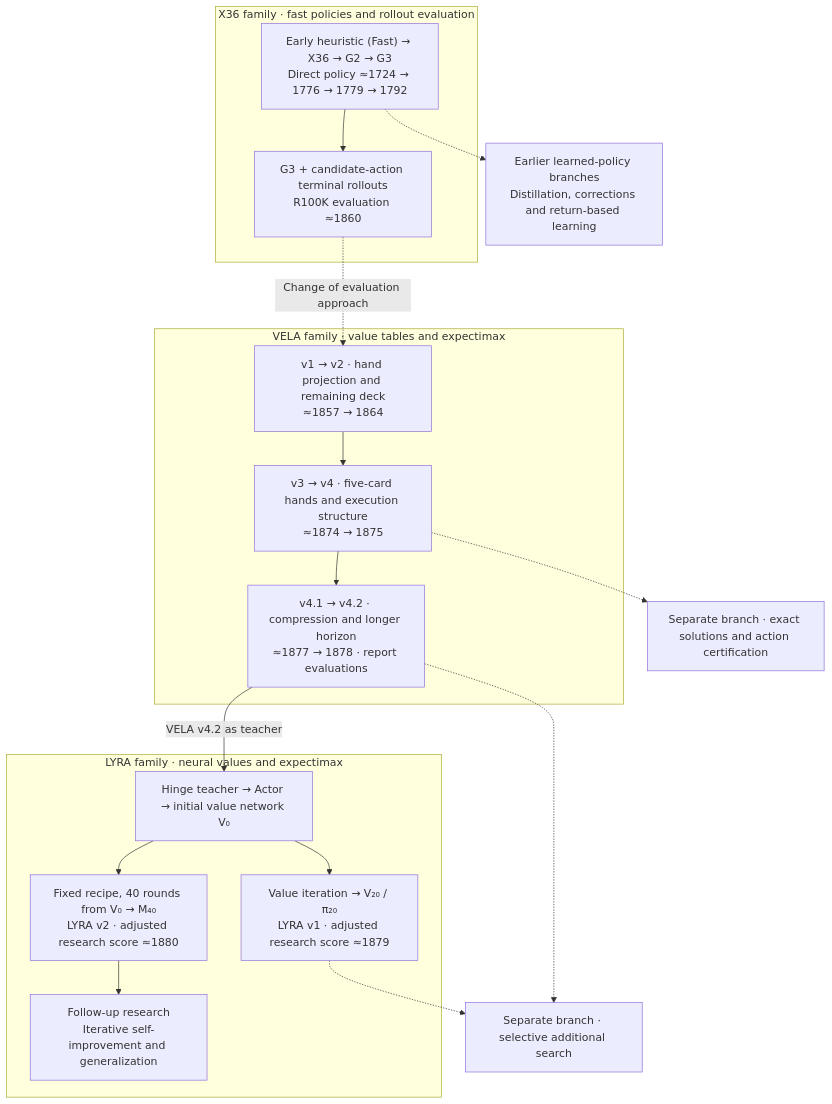
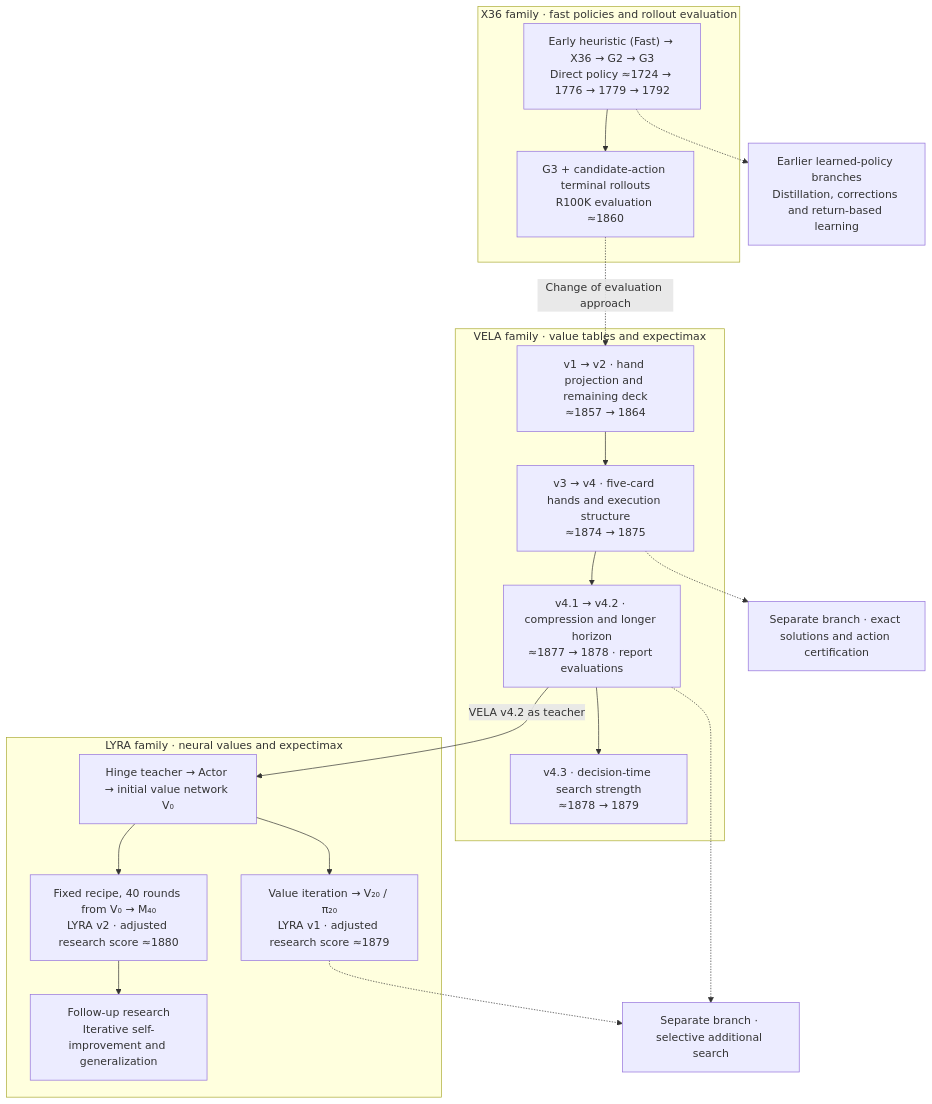
One commit to alfm201/adventure changed the diagram in research/README.md. Above: the diagram before and after it, drawn with Mermaid. The commit also changed other lines of this file and 9 other files, not shown here.

````diff
--- a/research/README.md
+++ b/research/README.md
@@ -21,28 +21,29 @@
 ```mermaid
 flowchart TD
     subgraph X["X36 family · fast policies and rollout evaluation"]
         X0["Early heuristic (Fast) → X36 → G2 → G3<br/>Direct policy ≈1724 → 1776 → 1779 → 1792"]
         X1["G3 + candidate-action terminal rollouts<br/>R100K evaluation ≈1860"]
         X0 --> X1
     end
     subgraph V["VELA family · value tables and expectimax"]
         V1["v1 → v2 · hand projection and remaining deck<br/>≈1857 → 1864"]
         V2["v3 → v4 · five-card hands and execution structure<br/>≈1874 → 1875"]
         V3["v4.1 → v4.2 · compression and longer horizon<br/>≈1877 → 1878 · report evaluations"]
-        V1 --> V2 --> V3
+        V4["v4.3 · decision-time search strength<br/>≈1878 → 1879"]
+        V1 --> V2 --> V3 --> V4
     end
     subgraph L["LYRA family · neural values and expectimax"]
         L0["Hinge teacher → Actor → initial value network V₀"]
         L1["Value iteration → V₂₀ / π₂₀<br/>LYRA v1 · adjusted research score ≈1879"]
         L3["Fixed recipe, 40 rounds from V₀ → M₄₀<br/>LYRA v2 · adjusted research score ≈1880"]
         L2["Follow-up research<br/>Iterative self-improvement and generalization"]
         L0 --> L1
         L0 --> L3 --> L2
     end
     X1 -. "Change of evaluation approach" .-> V1
     X0 -.-> N["Earlier learned-policy branches<br/>Distillation, corrections and return-based learning"]
     V3 -->|"VELA v4.2 as teacher"| L0
     V2 -.-> E["Separate branch · exact solutions and action certification"]
     V3 -.-> S["Separate branch · selective additional search"]
     L1 -.-> S
 ```
````
